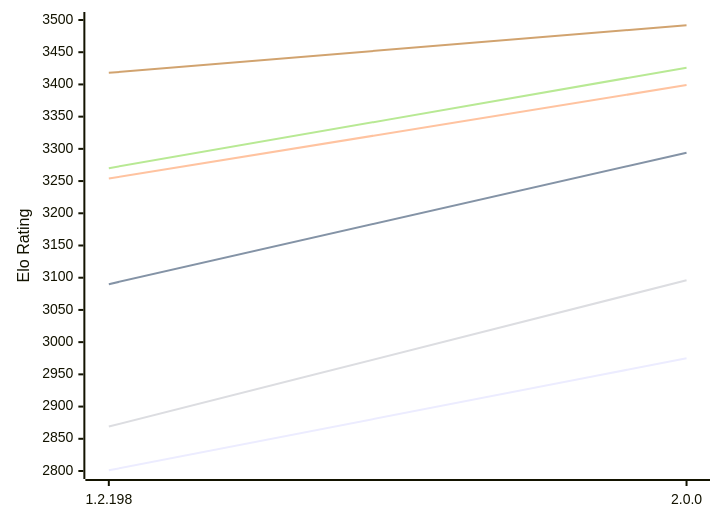
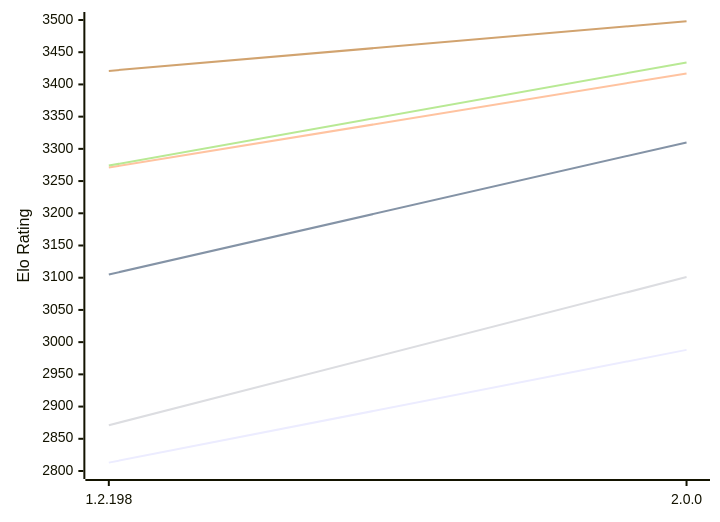
The diagram in engines/Zenith.md (computer-chess-index/cci), drawn with Mermaid before and after one commit. The commit also changed other lines of this file, not shown here.

Commit message:
Update CCI Ratings (ELO VLTC) - 2026-10-22

````diff
--- a/engines/Zenith.md
+++ b/engines/Zenith.md
@@ -49,12 +49,12 @@
 ```mermaid
 %%{init: {"theme":"base","themeVariables":{"seriesColors:['#a3a3a3','#222221','#faa371']}}}%%
 xychart-beta
   x-axis ["1.2.198", "2.0.0"]
   y-axis "Elo Rating" 2800 --> 3500
-  line "E1: STC (8.0+0.08s)" [2801, 2975]
-  line "E1: LTC (60.0+0.60s)" [3090, 3294]
-  line "E1: VLTC (2m24s+1.12s)" [3254, 3399]
-  line "P1: STC (8.0+0.08s)" [2869, 3096]
-  line "P1: LTC (60.0+0.60s)" [3270, 3426]
-  line "P1: VLTC (2m24s+1.12s)" [3418, 3492]
+  line "E1: STC (8.0+0.08s)" [2813, 2988]
+  line "E1: LTC (60.0+0.60s)" [3105, 3310]
+  line "E1: VLTC (2m24s+1.12s)" [3271, 3417]
+  line "P1: STC (8.0+0.08s)" [2871, 3101]
+  line "P1: LTC (60.0+0.60s)" [3274, 3434]
+  line "P1: VLTC (2m24s+1.12s)" [3421, 3498]
 ```
````
